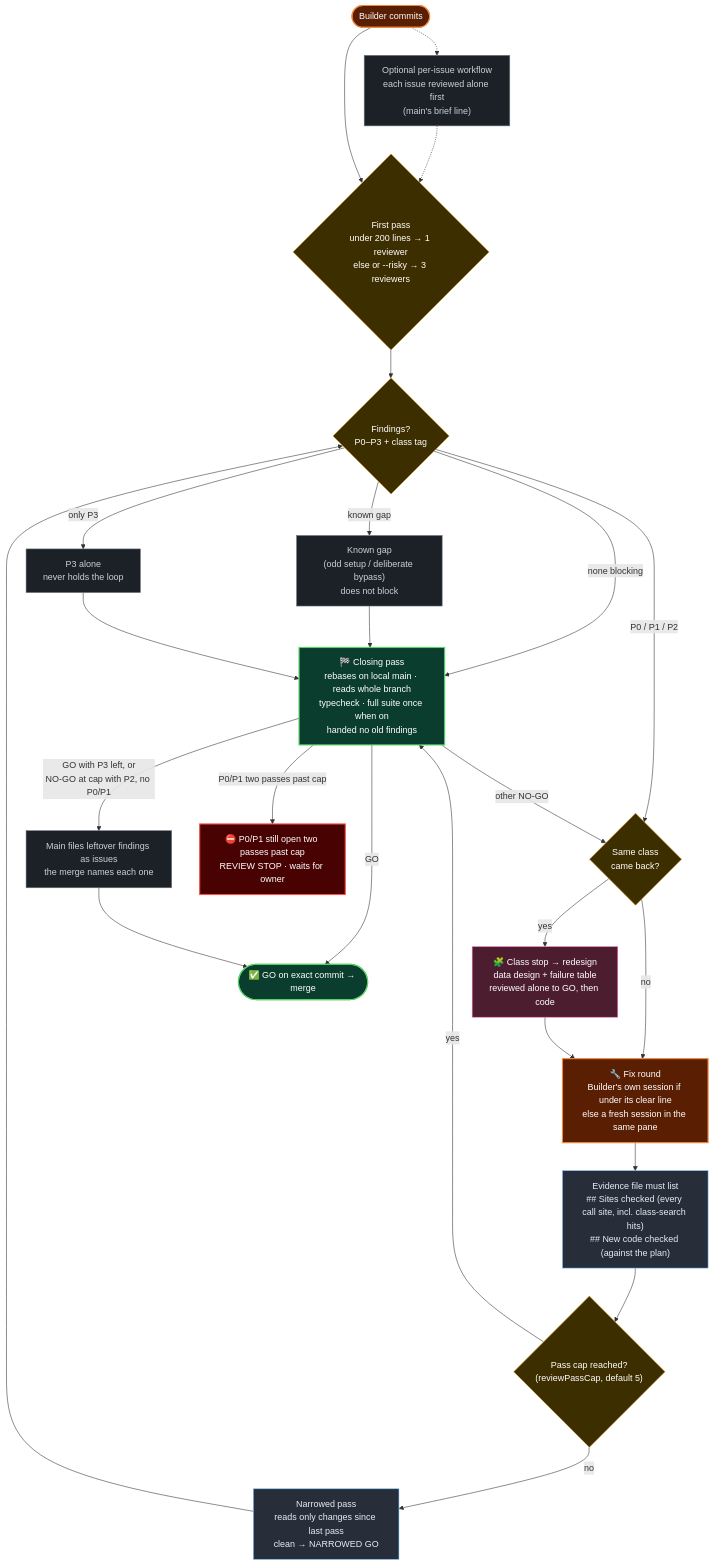
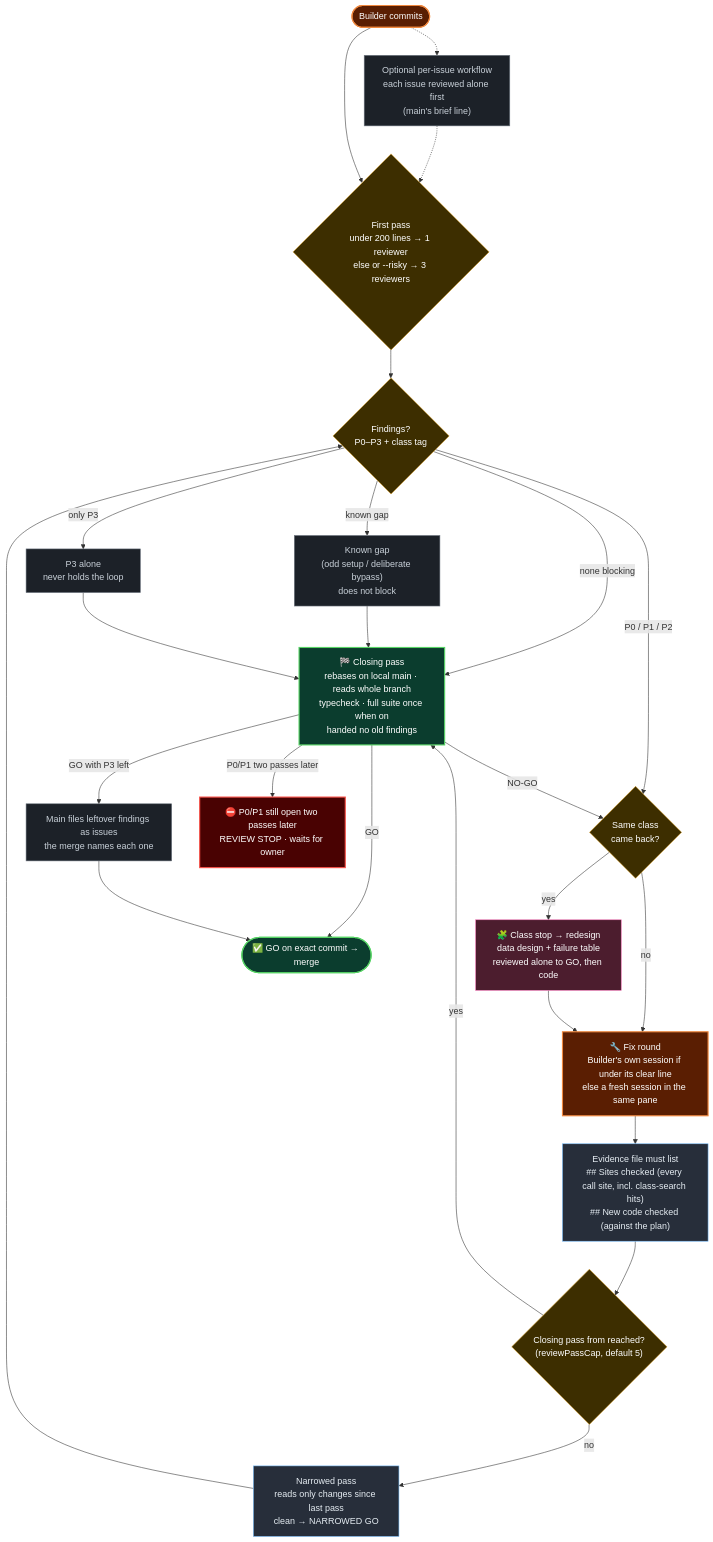
Before and after one commit to pushprove-max/Commandeck: the second of 2 diagrams in README.md, drawn with Mermaid. The commit also changed other lines of this file and 34 other files, not shown here.

````diff
--- a/README.md
+++ b/README.md
@@ -101,42 +101,42 @@
 ```mermaid
 flowchart TD
   start(["Builder commits"]):::build
   first{"First pass<br/>under 200 lines → 1 reviewer<br/>else or --risky → 3 reviewers"}:::gate
   verdict{"Findings?<br/>P0–P3 + class tag"}:::gate
   known["Known gap<br/>(odd setup / deliberate bypass)<br/>does not block"]:::muted
   p3["P3 alone<br/>never holds the loop"]:::muted
   fix["🔧 Fix round<br/>Builder's own session if under its clear line<br/>else a fresh session in the same pane"]:::build
   evidence["Evidence file must list<br/>## Sites checked (every call site, incl. class-search hits)<br/>## New code checked (against the plan)"]:::seat
   classq{"Same class<br/>came back?"}:::gate
   redesign["🧩 Class stop → redesign<br/>data design + failure table<br/>reviewed alone to GO, then code"]:::review
-  cap{"Pass cap reached?<br/>(reviewPassCap, default 5)"}:::gate
+  cap{"Closing pass from reached?<br/>(reviewPassCap, default 5)"}:::gate
   narrowed["Narrowed pass<br/>reads only changes since last pass<br/>clean → NARROWED GO"]:::seat
   closing["🏁 Closing pass<br/>rebases on local main · reads whole branch<br/>typecheck · full suite once when on<br/>handed no old findings"]:::merge
   filed["Main files leftover findings as issues<br/>the merge names each one"]:::muted
-  owner["⛔ P0/P1 still open two passes past cap<br/>REVIEW STOP · waits for owner"]:::stop
+  owner["⛔ P0/P1 still open two passes later<br/>REVIEW STOP · waits for owner"]:::stop
   go(["✅ GO on exact commit → merge"]):::merge
   perissue["Optional per-issue workflow<br/>each issue reviewed alone first<br/>(main's brief line)"]:::muted
 
   start -.-> perissue -.-> first
   start --> first --> verdict
   verdict -- "none blocking" --> closing
   verdict -- "known gap" --> known --> closing
   verdict -- "only P3" --> p3 --> closing
   verdict -- "P0 / P1 / P2" --> classq
   classq -- "no" --> fix --> evidence --> cap
   classq -- "yes" --> redesign --> fix
   cap -- "no" --> narrowed --> verdict
   cap -- "yes" --> closing
   closing -- "GO" --> go
-  closing -- "GO with P3 left, or<br/>NO-GO at cap with P2, no P0/P1" --> filed --> go
-  closing -- "other NO-GO" --> classq
-  closing -- "P0/P1 two passes past cap" --> owner
+  closing -- "GO with P3 left" --> filed --> go
+  closing -- "NO-GO" --> classq
+  closing -- "P0/P1 two passes later" --> owner
 
   classDef build fill:#5a1e02,stroke:#f0883e,color:#fff,stroke-width:2px
   classDef gate fill:#3d2e00,stroke:#d29922,color:#fff
   classDef seat fill:#272e3a,stroke:#79c0ff,color:#e6edf3
   classDef review fill:#4c1d2e,stroke:#f778ba,color:#fff
   classDef merge fill:#0b3d2e,stroke:#56d364,color:#fff,stroke-width:2px
   classDef muted fill:#1c2128,stroke:#6e7681,color:#c9d1d9
   classDef stop fill:#490202,stroke:#f85149,color:#fff,stroke-width:2px
 ```
````
